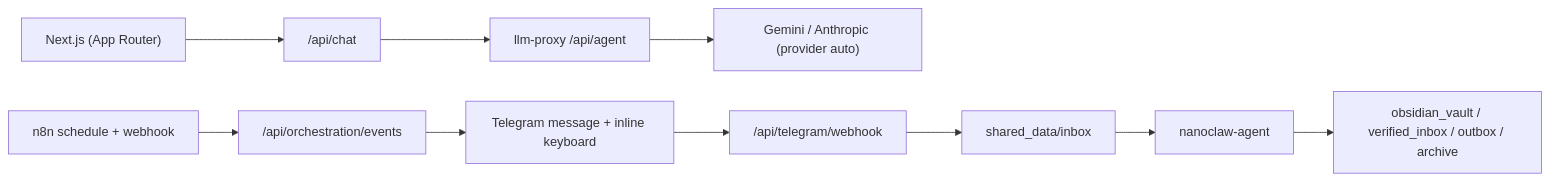
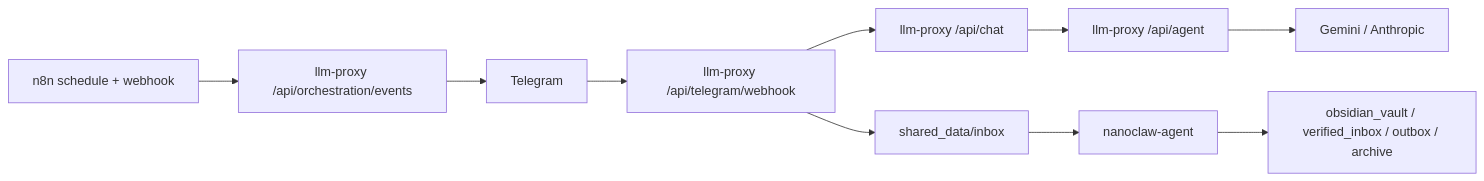
One commit to Merchantlee99/Personal-AI-agent-v2 changed the diagram in docs/COMMIT_BASELINE_V2.md. Above: the diagram before and after it, drawn with Mermaid. The commit also changed other lines of this file and 136 other files, not shown here.

Commit message:
feat: stabilize telegram-first orchestration runtime

````diff
--- a/docs/COMMIT_BASELINE_V2.md
+++ b/docs/COMMIT_BASELINE_V2.md
@@ -14,13 +14,13 @@
 ```mermaid
 flowchart LR
-  FE["Next.js (App Router)"] --> CHAT["/api/chat"]
+  TG["Telegram"] --> TGC["llm-proxy /api/telegram/webhook"]
+  TGC --> CHAT["llm-proxy /api/chat"]
   CHAT --> PX["llm-proxy /api/agent"]
-  PX --> LLM["Gemini / Anthropic (provider auto)"]
+  PX --> LLM["Gemini / Anthropic"]
 
-  N8N["n8n schedule + webhook"] --> ORCH["/api/orchestration/events"]
-  ORCH --> TG["Telegram message + inline keyboard"]
-  TG --> TGC["/api/telegram/webhook"]
+  N8N["n8n schedule + webhook"] --> ORCH["llm-proxy /api/orchestration/events"]
+  ORCH --> TG
   TGC --> INBOX["shared_data/inbox"]
   INBOX --> AG["nanoclaw-agent"]
   AG --> VAULT["obsidian_vault / verified_inbox / outbox / archive"]
 ```
````
